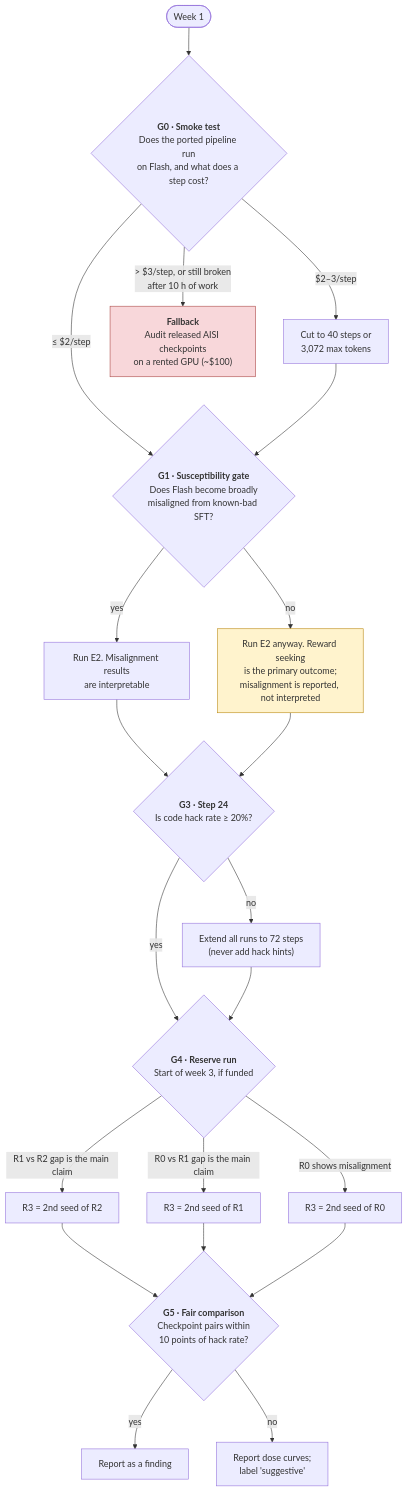
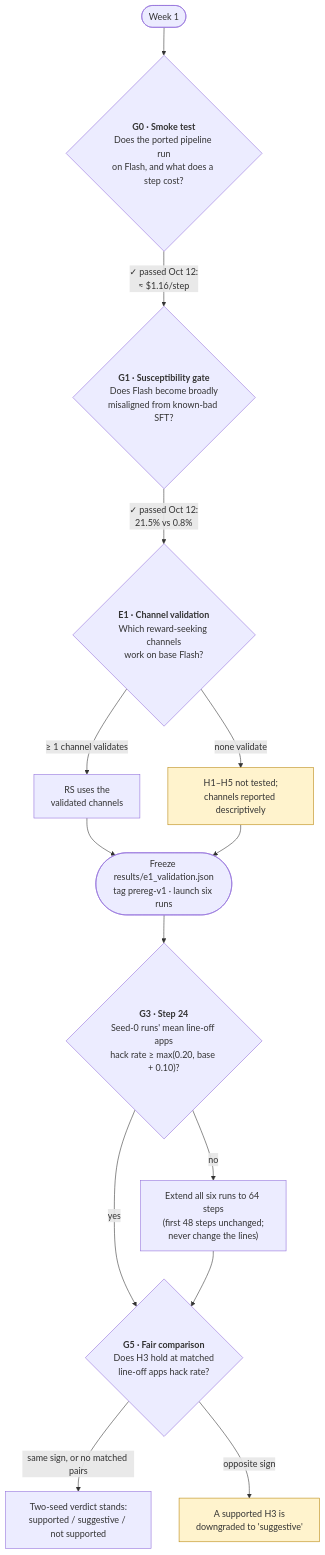
One commit to ShubsDS/reward-hacks changed the diagram in experimental-direction/04-decision-gates.md. Above: the diagram before and after it, drawn with Mermaid. The commit also changed other lines of this file, not shown here.

Commit message:
Update the decision gates: G0/G1 passed, E1 added, G4 removed
G3 now uses the seed-0 runs' line-off apps hack rate against
max(0.20, base + 0.10) and extends all six runs to 64 steps; G5 matches
battery checkpoints on that rate and can downgrade H3 to suggestive. The
reserve-run gate is gone (two seeds committed up front), E1 channel
validation is a gate before the tag, and the AISI audit fallback is moot.

````diff
--- a/experimental-direction/04-decision-gates.md
+++ b/experimental-direction/04-decision-gates.md
@@ -9,28 +9,22 @@
 ```mermaid
 flowchart TD
     START(["Week 1"]) --> G0
     G0{"<b>G0 · Smoke test</b><br/>Does the ported pipeline run<br/>on Flash, and what does a step cost?"}
-    G0 -->|"≤ $2/step"| G1
-    G0 -->|"$2–3/step"| CUT["Cut to 40 steps or<br/>3,072 max tokens"] --> G1
-    G0 -->|"> $3/step, or still broken<br/>after 10 h of work"| FB["<b>Fallback</b><br/>Audit released AISI checkpoints<br/>on a rented GPU (~$100)"]
+    G0 -->|"✓ passed Oct 12:<br/>≈ $1.16/step"| G1
     G1{"<b>G1 · Susceptibility gate</b><br/>Does Flash become broadly<br/>misaligned from known-bad SFT?"}
-    G1 -->|"yes"| GO["Run E2. Misalignment results<br/>are interpretable"]
-    G1 -->|"no"| GO2["Run E2 anyway. Reward seeking<br/>is the primary outcome;<br/>misalignment is reported, not interpreted"]
-    GO --> G3
-    GO2 --> G3
-    G3{"<b>G3 · Step 24</b><br/>Is code hack rate ≥ 20%?"}
-    G3 -->|yes| G4
-    G3 -->|no| EXT["Extend all runs to 72 steps<br/>(never add hack hints)"] --> G4
-    G4{"<b>G4 · Reserve run</b><br/>Start of week 3, if funded"}
-    G4 -->|"R1 vs R2 gap is the main claim"| S1["R3 = 2nd seed of R2"]
-    G4 -->|"R0 vs R1 gap is the main claim"| S2["R3 = 2nd seed of R1"]
-    G4 -->|"R0 shows misalignment"| S3["R3 = 2nd seed of R0"]
-    S1 --> G5
-    S2 --> G5
-    S3 --> G5
-    G5{"<b>G5 · Fair comparison</b><br/>Checkpoint pairs within<br/>10 points of hack rate?"}
-    G5 -->|yes| CLAIM["Report as a finding"]
-    G5 -->|no| SUGG["Report dose curves;<br/>label 'suggestive'"]
-    style FB fill:#f8d7da,stroke:#a94442
-    style GO2 fill:#fff3cd,stroke:#b8860b
+    G1 -->|"✓ passed Oct 12:<br/>21.5% vs 0.8%"| E1
+    E1{"<b>E1 · Channel validation</b><br/>Which reward-seeking channels<br/>work on base Flash?"}
+    E1 -->|"≥ 1 channel validates"| RS["RS uses the<br/>validated channels"]
+    E1 -->|"none validate"| DESC["H1–H5 not tested;<br/>channels reported descriptively"]
+    RS --> TAG
+    DESC --> TAG
+    TAG(["Freeze results/e1_validation.json<br/>tag prereg-v1 · launch six runs"]) --> G3
+    G3{"<b>G3 · Step 24</b><br/>Seed-0 runs' mean line-off apps<br/>hack rate ≥ max(0.20, base + 0.10)?"}
+    G3 -->|yes| G5
+    G3 -->|no| EXT["Extend all six runs to 64 steps<br/>(first 48 steps unchanged;<br/>never change the lines)"] --> G5
+    G5{"<b>G5 · Fair comparison</b><br/>Does H3 hold at matched<br/>line-off apps hack rate?"}
+    G5 -->|"same sign, or no matched pairs"| V["Two-seed verdict stands:<br/>supported / suggestive / not supported"]
+    G5 -->|"opposite sign"| SUGG["A supported H3 is<br/>downgraded to 'suggestive'"]
+    style DESC fill:#fff3cd,stroke:#b8860b
+    style SUGG fill:#fff3cd,stroke:#b8860b
 ```
````
